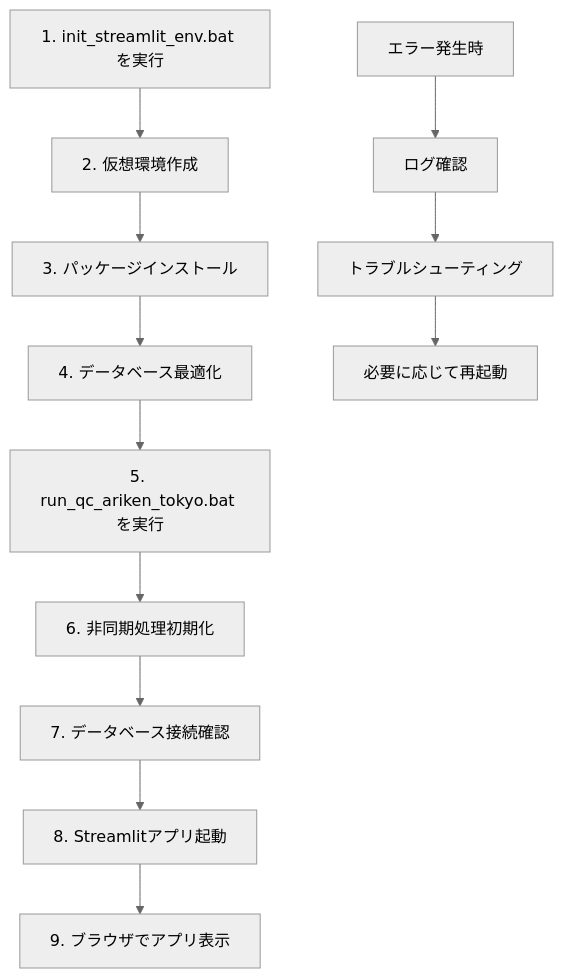
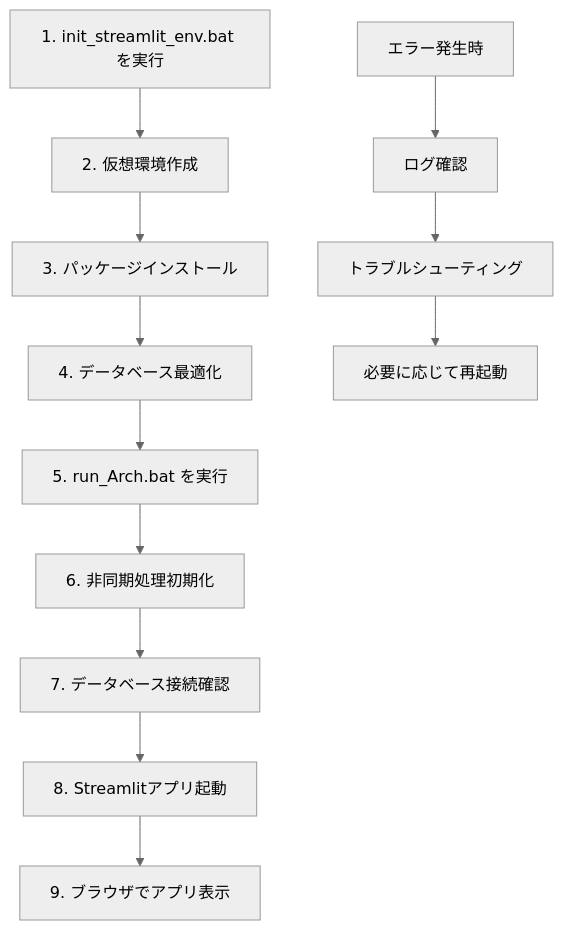
One commit to takashi-oi/qc_ariken_tpkyo changed the diagram in docs/バッチ起動手順書.md. Above: the diagram before and after it, drawn with Mermaid (neutral theme). The commit also changed other lines of this file and 35 other files, not shown here.

````diff
--- a/docs/バッチ起動手順書.md
+++ b/docs/バッチ起動手順書.md
@@ -145,15 +145,15 @@
 ```mermaid
 flowchart TD
     A["1. init_streamlit_env.bat を実行"] --> B["2. 仮想環境作成"]
     B --> C["3. パッケージインストール"]
     C --> D["4. データベース最適化"]
-    D --> E["5. run_qc_ariken_tokyo.bat を実行"]
+    D --> E["5. run_Arch.bat を実行"]
     E --> F["6. 非同期処理初期化"]
     F --> G["7. データベース接続確認"]
     G --> H["8. Streamlitアプリ起動"]
     H --> I["9. ブラウザでアプリ表示"]
 
     J["エラー発生時"] --> K["ログ確認"]
     K --> L["トラブルシューティング"]
     L --> M["必要に応じて再起動"]
 ```
````
